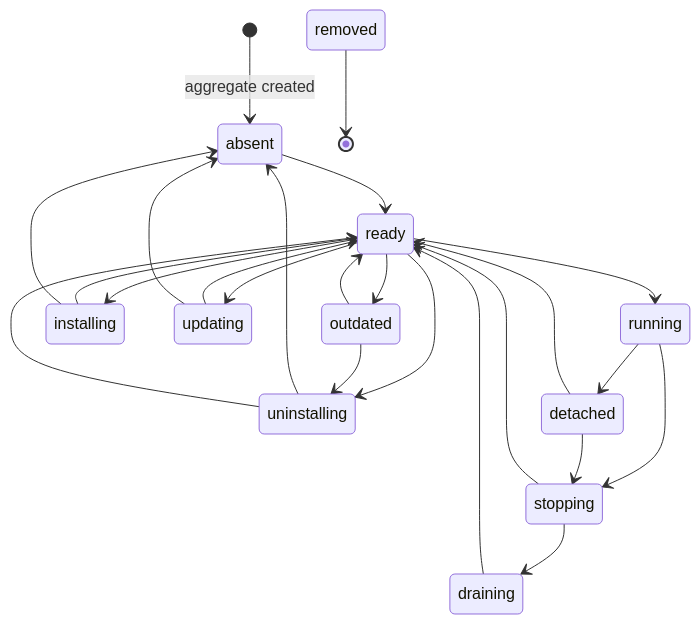
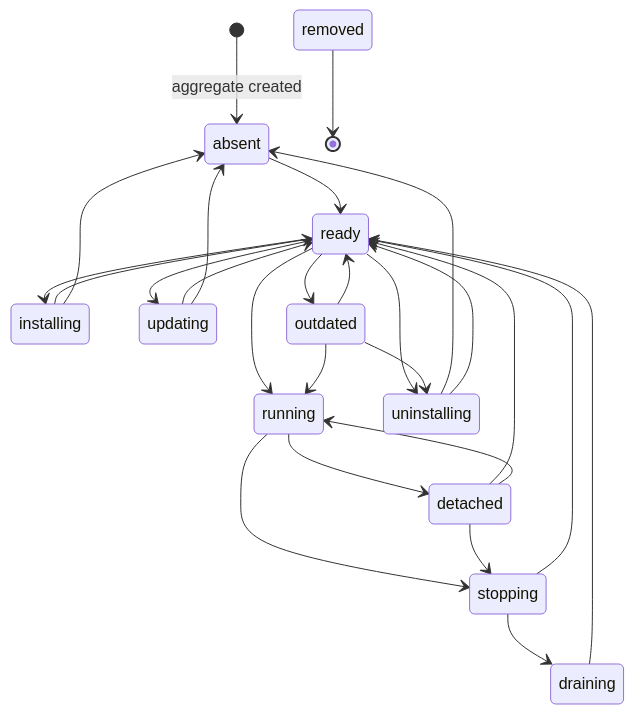
The first of 2 diagrams in docs/spec/domain.md (rabbytesoftware/quiver.core), drawn with Mermaid before and after one commit. The commit also changed other lines of this file and 130 other files, not shown here.

````diff
--- a/docs/spec/domain.md
+++ b/docs/spec/domain.md
@@ -166,26 +167,28 @@
 ```mermaid
 stateDiagram-v2
     [*] --> absent : aggregate created
     absent --> ready
     ready --> running
     ready --> installing
     ready --> uninstalling
     ready --> updating
     ready --> outdated
     running --> stopping
     running --> detached
     stopping --> ready
     stopping --> draining
     draining --> ready
     detached --> ready
     detached --> stopping
+    detached --> running
     installing --> ready
     installing --> absent
     uninstalling --> absent
     uninstalling --> ready
     updating --> ready
     updating --> absent
     outdated --> ready
+    outdated --> running
     outdated --> uninstalling
     removed --> [*]
 ```
````
